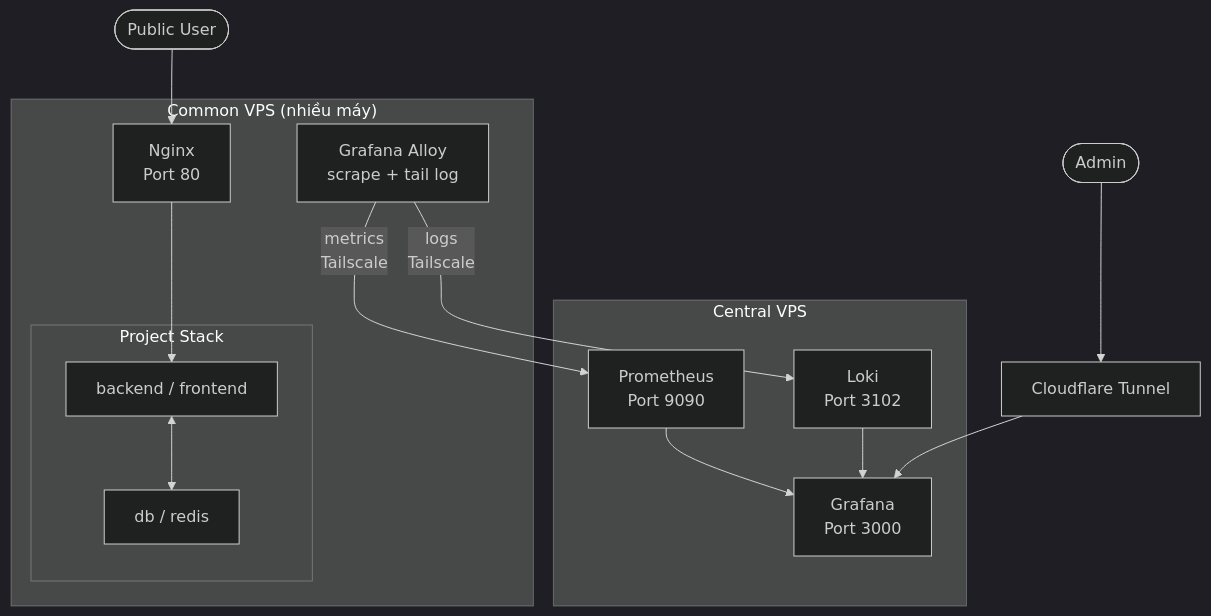
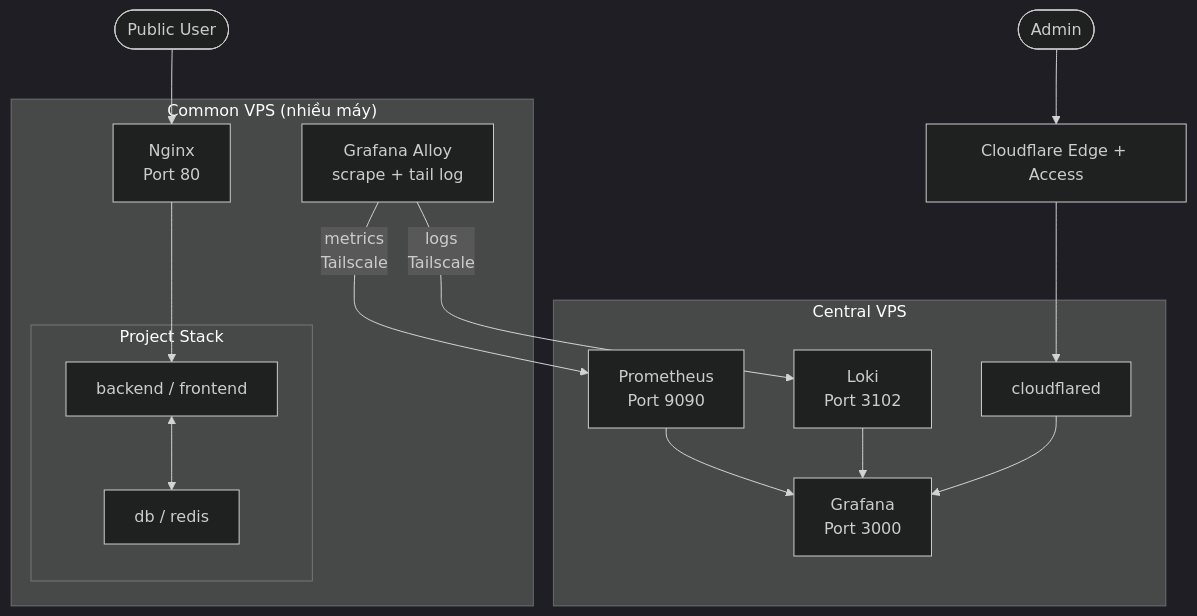
Before and after one commit to bambootv/nginx_cadvisor_prometheus_grafana: the first of 5 diagrams in docs/architecture.md, drawn with Mermaid (dark theme). The commit also changed other lines of this file and 6 other files, not shown here.

Commit message:
cloudflared tunnel

````diff
--- a/docs/architecture.md
+++ b/docs/architecture.md
@@ -20,32 +20,34 @@
 ```mermaid
 flowchart TB
     subgraph common["Common VPS (nhiều máy)"]
         nginx_c[Nginx\nPort 80]
         alloy[Grafana Alloy\nscrape + tail log]
         subgraph project["Project Stack"]
             app[backend / frontend]
             db[db / redis]
         end
     end
 
     subgraph central["Central VPS"]
         grafana[Grafana\nPort 3000]
         prom[Prometheus\nPort 9090]
         loki[Loki\nPort 3102]
+        cfd[cloudflared]
     end
 
-    cf[Cloudflare Tunnel]
+    cf[Cloudflare Edge + Access]
 
     user([Public User]) --> nginx_c
     nginx_c --> app
     app <--> db
 
     alloy -->|"metrics\nTailscale"| prom
     alloy -->|"logs\nTailscale"| loki
 
     prom --> grafana
     loki --> grafana
 
     admin([Admin]) --> cf
-    cf --> grafana
+    cf --> cfd
+    cfd --> grafana
 ```
````
